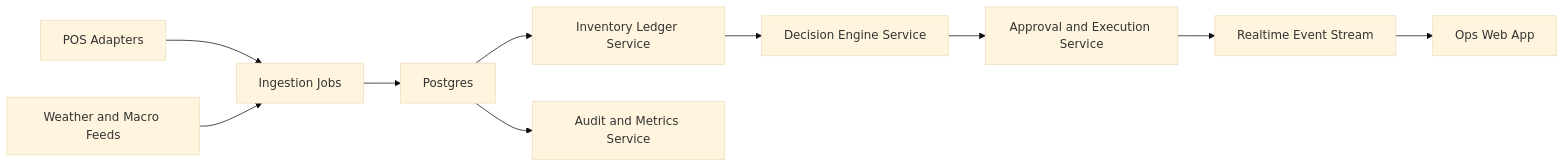
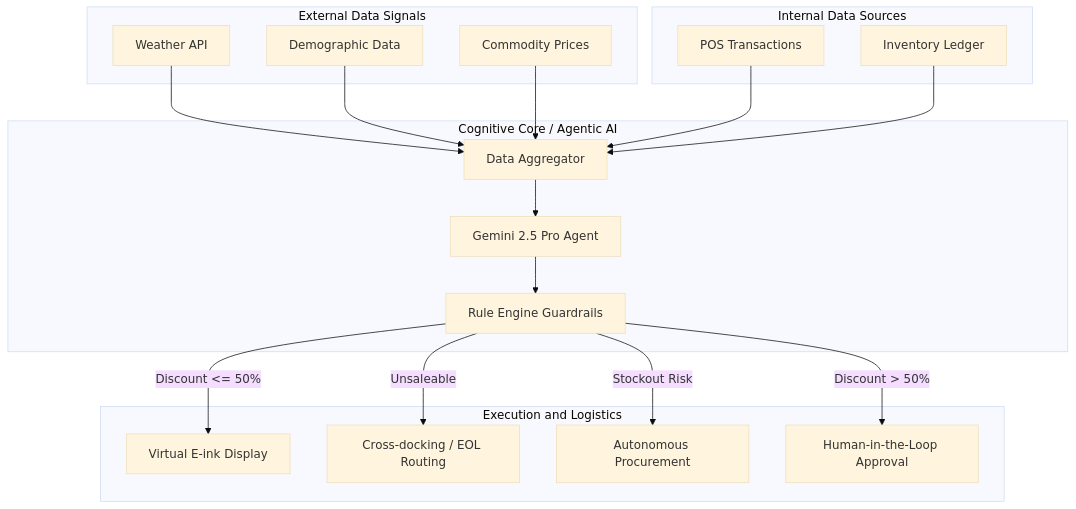
The diagram in hackathon-architecture.md (nnhoa11/synaptos), drawn with Mermaid (base theme) before and after one commit. The commit also changed other lines of this file and 60 other files, not shown here.

````diff
--- a/hackathon-architecture.md
+++ b/hackathon-architecture.md
@@ -304,12 +52,38 @@
 ```mermaid
-flowchart LR
-    A[POS Adapters] --> B[Ingestion Jobs]
-    X[Weather and Macro Feeds] --> B
-    B --> C[Postgres]
-    C --> D[Inventory Ledger Service]
-    D --> E[Decision Engine Service]
-    E --> F[Approval and Execution Service]
-    F --> G[Realtime Event Stream]
-    G --> H[Ops Web App]
-    C --> I[Audit and Metrics Service]
+flowchart TD
+    subgraph EXT[External Data Signals]
+        W[Weather API]
+        D[Demographic Data]
+        C[Commodity Prices]
+    end
+
+    subgraph INT[Internal Data Sources]
+        P[POS Transactions]
+        I[Inventory Ledger]
+    end
+
+    subgraph CORE[Cognitive Core / Agentic AI]
+        A[Data Aggregator]
+        G[Gemini 2.5 Pro Agent]
+        R[Rule Engine Guardrails]
+    end
+
+    subgraph EXEC[Execution and Logistics]
+        L[Virtual E-ink Display]
+        X[Cross-docking / EOL Routing]
+        Q[Autonomous Procurement]
+        H[Human-in-the-Loop Approval]
+    end
+
+    W --> A
+    D --> A
+    C --> A
+    P --> A
+    I --> A
+    A --> G
+    G --> R
+    R -->|Discount <= 50%| L
+    R -->|Unsaleable| X
+    R -->|Stockout Risk| Q
+    R -->|Discount > 50%| H
 ```
````
